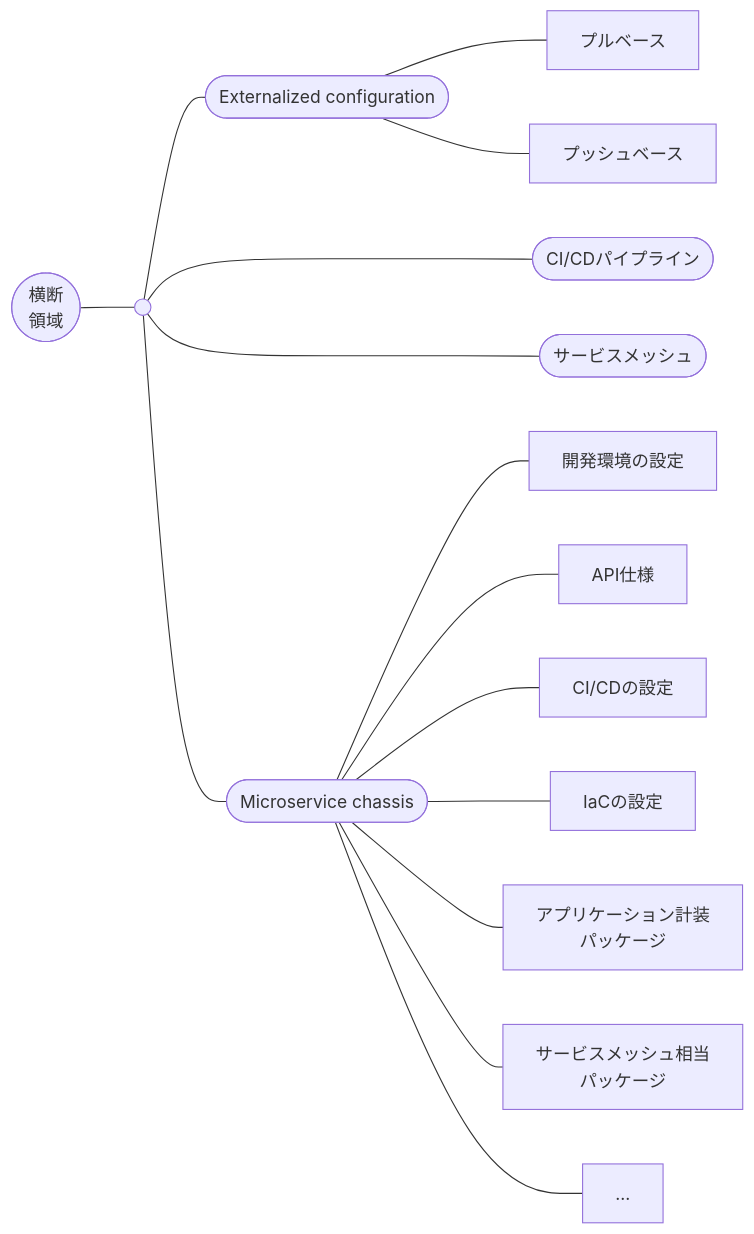
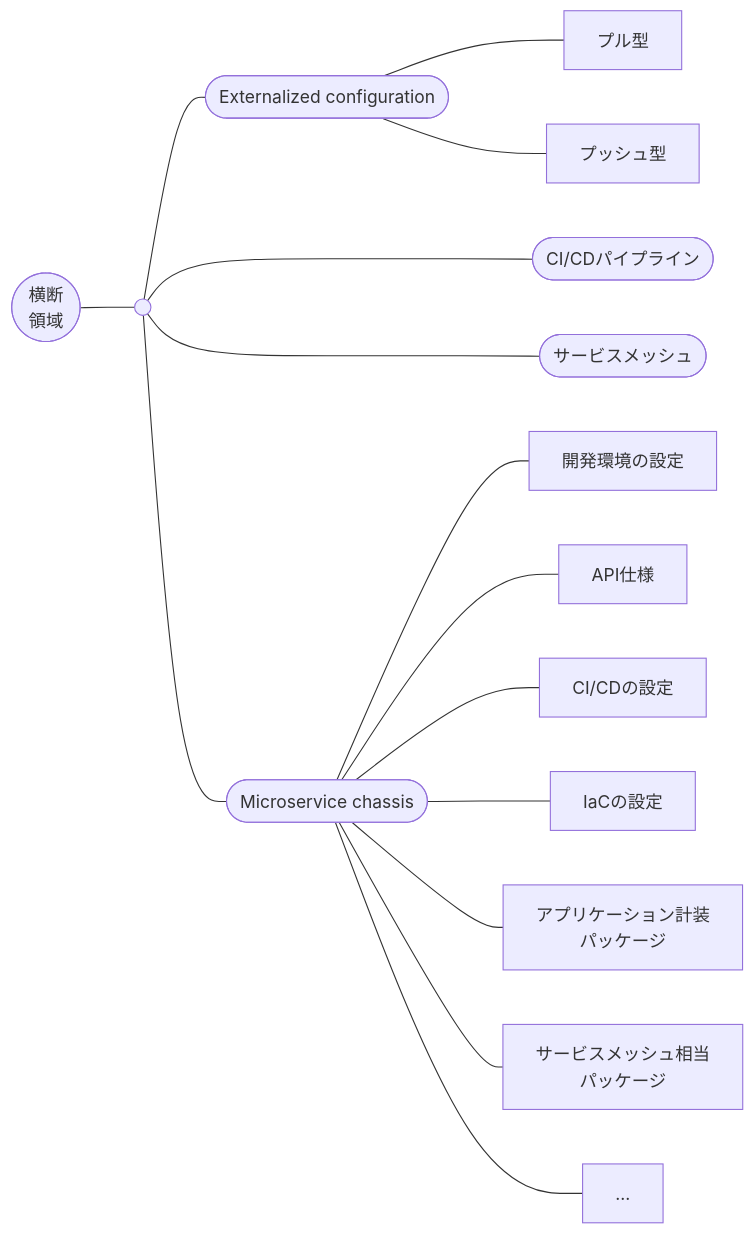
One commit to hiroki-it/tech-notebook changed diagram 17 of 24 in docs/software/software_application_architecture_microservices_cloudnative.md. Above: the diagram before and after it, drawn with Mermaid. The commit also changed other lines of this file and 11 other files, not shown here.

````diff
--- a/docs/software/software_application_architecture_microservices_cloudnative.md
+++ b/docs/software/software_application_architecture_microservices_cloudnative.md
@@ -1494,18 +1494,18 @@
 ```mermaid
 flowchart LR
 
   横断([横断<br>領域]) --- 横断の基点(( ))
   横断の基点 --- Externalized-configuration(["Externalized configuration"])
   横断の基点 ---- CI/CDパイプライン([CI/CDパイプライン])
   横断の基点 ---- サービスメッシュ([サービスメッシュ])
   横断の基点 --- Microservice-chassis(["Microservice chassis"])
-  Externalized-configuration --- プルベース
-  Externalized-configuration --- プッシュベース
+  Externalized-configuration --- プル型
+  Externalized-configuration --- プッシュ型
   Microservice-chassis --- 開発環境の設定
   Microservice-chassis --- API仕様
   Microservice-chassis --- CI/CDの設定
   Microservice-chassis --- IaCの設定
   Microservice-chassis --- アプリケーション計装パッケージ[アプリケーション計装<br>パッケージ]
   Microservice-chassis --- サービスメッシュ相当パッケージ[サービスメッシュ相当<br>パッケージ]
   Microservice-chassis --- ...[...]
 ```
````
